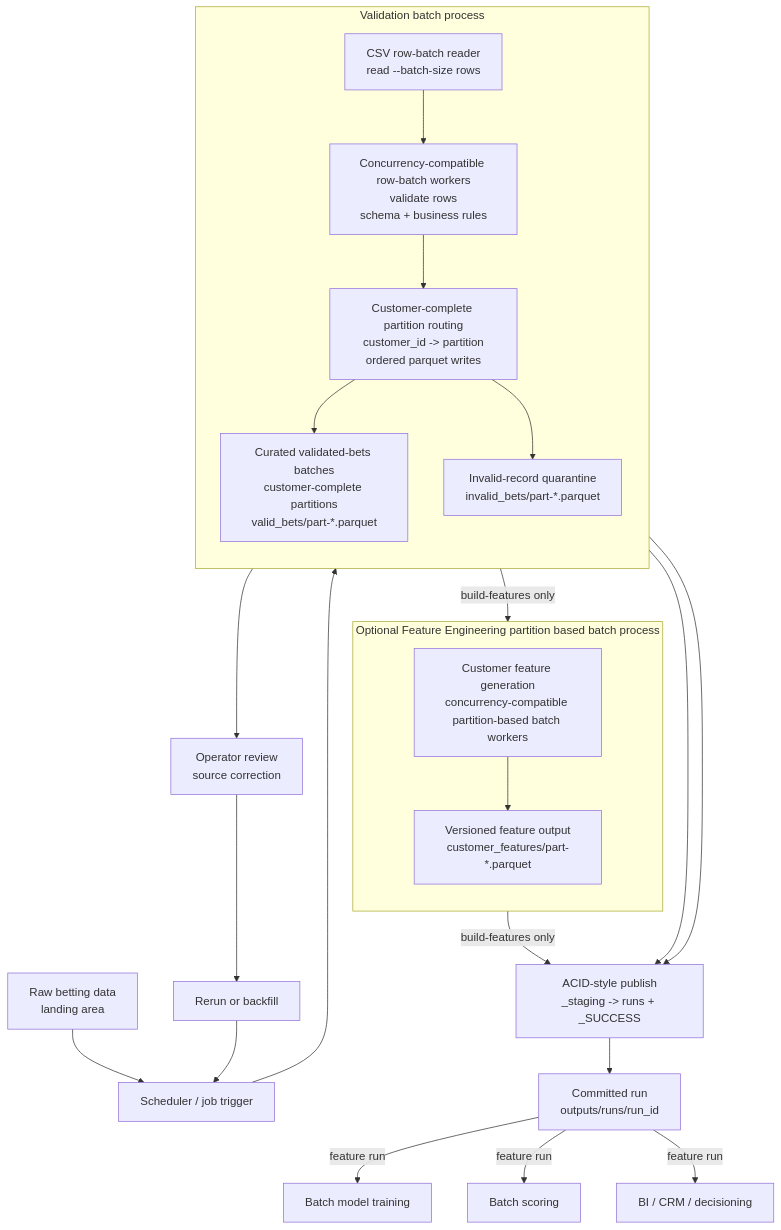
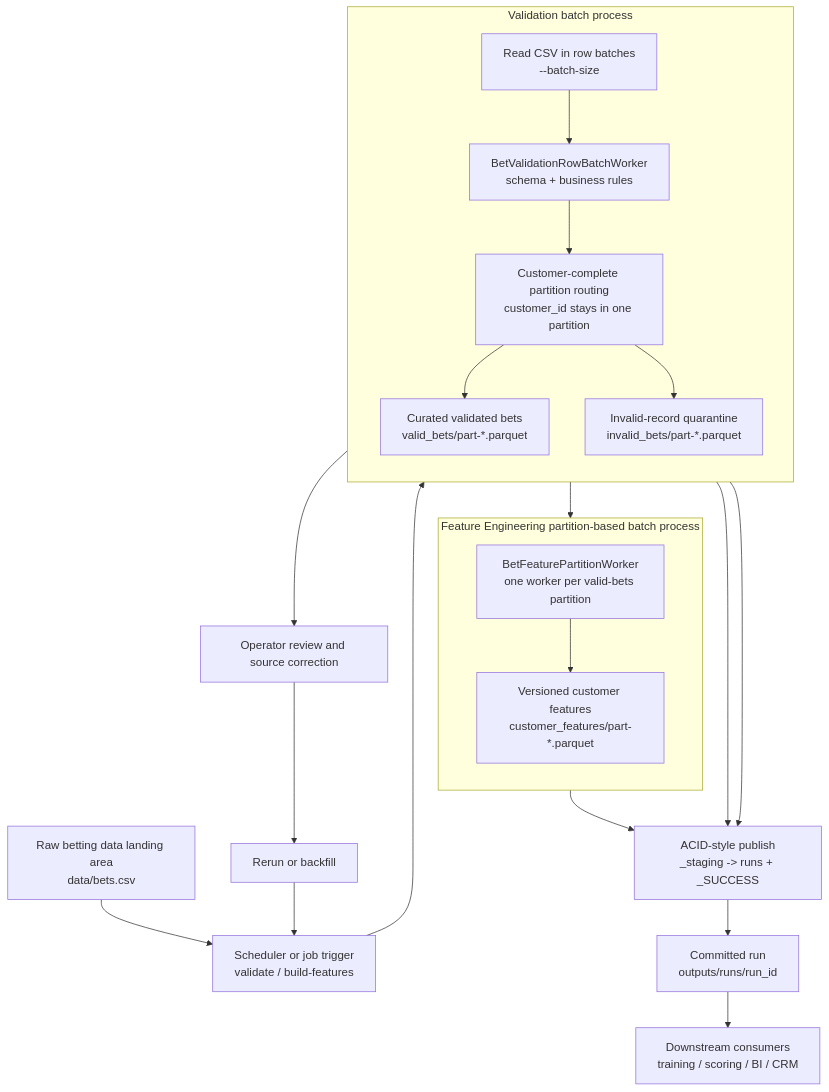
The first of 2 diagrams in docs/architecture.md (diyang/entain-case-test), drawn with Mermaid before and after one commit. The commit also changed other lines of this file and 8 other files, not shown here.

First line of the commit message:
Add validation checkpoint reuse for feature generation

````diff
--- a/docs/architecture.md
+++ b/docs/architecture.md
@@ -5,44 +5,40 @@
 ```mermaid
 flowchart TD
-    raw["Raw betting data<br/>landing area"]
-    trigger["Scheduler / job trigger"]
+    raw["Raw betting data landing area<br/>data/bets.csv"]
+    trigger["Scheduler or job trigger<br/>validate / build-features"]
 
-    subgraph validation_batch["Validation batch process"]
+    subgraph validation["Validation batch process"]
         direction TD
-        scan["CSV row-batch reader<br/>read --batch-size rows"]
-        workers["Concurrency-compatible row-batch workers<br/>validate rows<br/>schema + business rules"]
-        router["Customer-complete partition routing<br/>customer_id -> partition<br/>ordered parquet writes"]
-        valid["Curated validated-bets batches<br/>customer-complete partitions<br/>valid_bets/part-*.parquet"]
+        read["Read CSV in row batches<br/>--batch-size"]
+        validate["BetValidationRowBatchWorker<br/>schema + business rules"]
+        route["Customer-complete partition routing<br/>customer_id stays in one partition"]
+        valid["Curated validated bets<br/>valid_bets/part-*.parquet"]
         invalid["Invalid-record quarantine<br/>invalid_bets/part-*.parquet"]
 
-        scan --> workers --> router
-        router --> valid
-        router --> invalid
+        read --> validate --> route
+        route --> valid
+        route --> invalid
     end
 
-    subgraph feature_engineering["Optional Feature Engineering partition based batch process"]
+    subgraph features["Feature Engineering partition-based batch process"]
         direction TD
-        feature["Customer feature generation<br/>concurrency-compatible partition-based batch workers"]
-        output["Versioned feature output<br/>customer_features/part-*.parquet"]
+        feature_worker["BetFeaturePartitionWorker<br/>one worker per valid-bets partition"]
+        feature_output["Versioned customer features<br/>customer_features/part-*.parquet"]
 
-        feature --> output
+        feature_worker --> feature_output
     end
 
     publish["ACID-style publish<br/>_staging -> runs + _SUCCESS"]
-    run["Committed run<br/>outputs/runs/run_id"]
+    committed["Committed run<br/>outputs/runs/run_id"]
+    consumers["Downstream consumers<br/>training / scoring / BI / CRM"]
+    review["Operator review and source correction"]
+    rerun["Rerun or backfill"]
 
-    raw --> trigger --> scan
+    raw --> trigger --> read
+    valid --> feature_worker
     valid --> publish
     invalid --> publish
-    valid -- "build-features only" --> feature
-    output -- "build-features only" --> publish
-    publish --> run
-
-    review["Operator review<br/>source correction"]
-    rerun["Rerun or backfill"]
+    feature_output --> publish
+    publish --> committed --> consumers
     invalid --> review --> rerun --> trigger
-
-    run -- "feature run" --> training["Batch model training"]
-    run -- "feature run" --> scoring["Batch scoring"]
-    run -- "feature run" --> analytics["BI / CRM / decisioning"]
 ```
````
